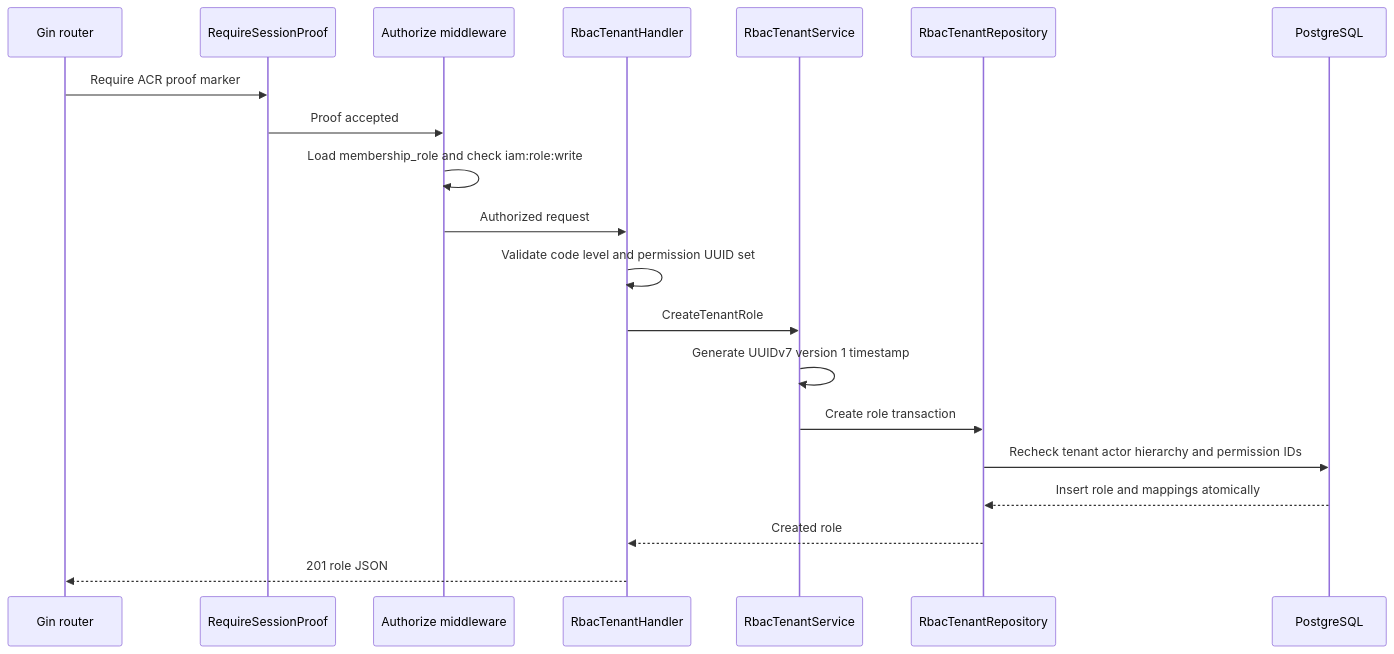
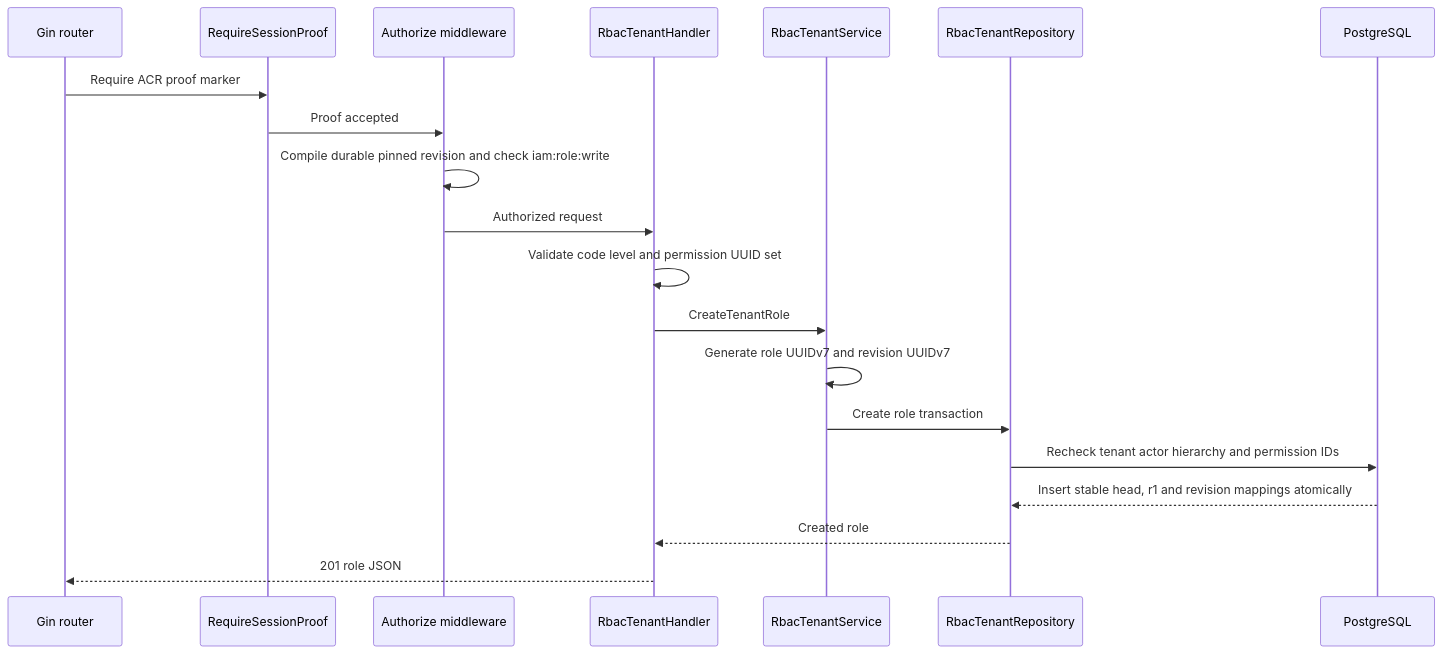
The second of 2 diagrams in god_view/iam/tenant_role_create_god_view_workflow.md (phucle996/aurora), drawn with Mermaid before and after one commit. The commit also changed other lines of this file and 132 other files, not shown here.

Commit message:
refactor(iam): isolate owner workflows and revision tenant RBAC

````diff
--- a/god_view/iam/tenant_role_create_god_view_workflow.md
+++ b/god_view/iam/tenant_role_create_god_view_workflow.md
@@ -44,23 +44,23 @@
 ```mermaid
 sequenceDiagram
     participant R as Gin router
     participant P as RequireSessionProof
     participant M as Authorize middleware
     participant H as RbacTenantHandler
     participant S as RbacTenantService
     participant Repo as RbacTenantRepository
     participant DB as PostgreSQL
 
     R->>P: Require ACR proof marker
     P->>M: Proof accepted
-    M->>M: Load membership_role and check iam:role:write
+    M->>M: Compile durable pinned revision and check iam:role:write
     M->>H: Authorized request
     H->>H: Validate code level and permission UUID set
     H->>S: CreateTenantRole
-    S->>S: Generate UUIDv7 version 1 timestamp
+    S->>S: Generate role UUIDv7 and revision UUIDv7
     S->>Repo: Create role transaction
     Repo->>DB: Recheck tenant actor hierarchy and permission IDs
-    DB-->>Repo: Insert role and mappings atomically
+    DB-->>Repo: Insert stable head, r1 and revision mappings atomically
     Repo-->>H: Created role
     H-->>R: 201 role JSON
 ```
````
